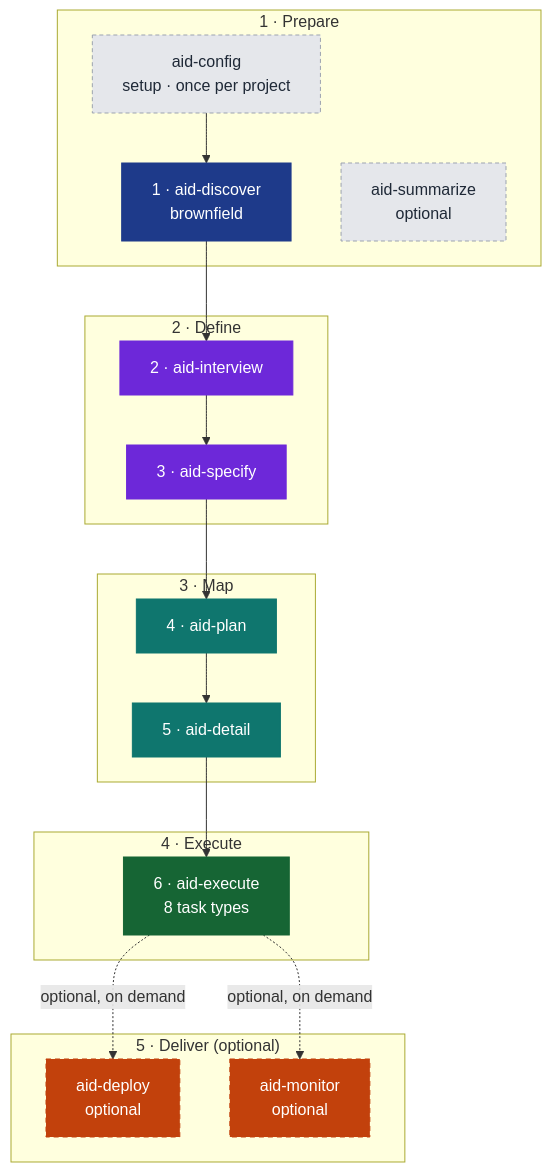
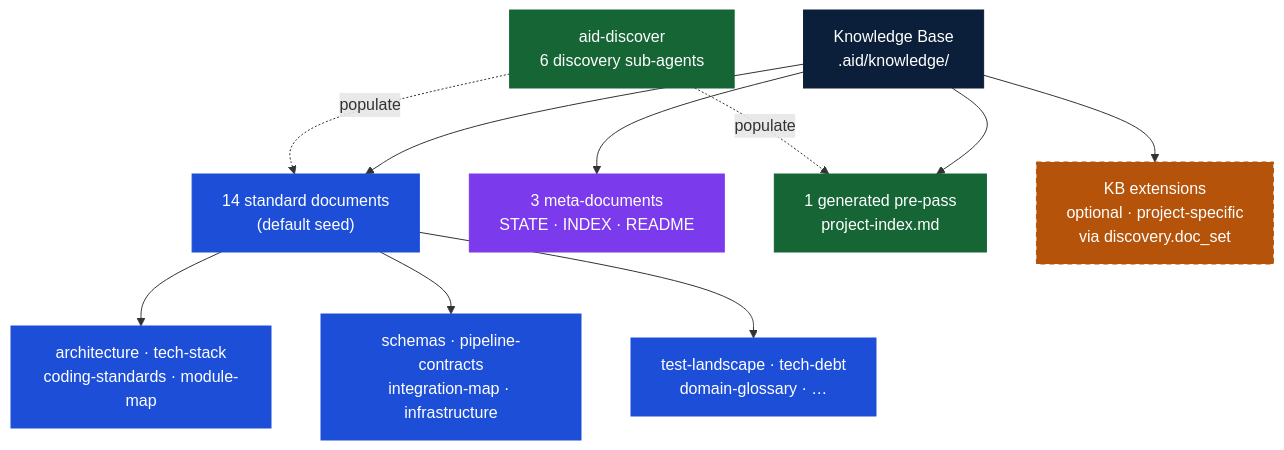
Before and after one commit to AndreVianna/aid-methodology: the second of 7 diagrams in methodology/aid-methodology.md, drawn with Mermaid. The commit also changed other lines of this file and 4 other files, not shown here.

````diff
--- a/methodology/aid-methodology.md
+++ b/methodology/aid-methodology.md
@@ -1026,34 +185,20 @@
 ```mermaid
-flowchart TB
-    classDef prep fill:#1E3A8A,stroke:#1E3A8A,color:#ffffff
-    classDef def fill:#6D28D9,stroke:#6D28D9,color:#ffffff
-    classDef map fill:#0F766E,stroke:#0F766E,color:#ffffff
-    classDef exe fill:#166534,stroke:#166534,color:#ffffff
-    classDef del fill:#C2410C,stroke:#C2410C,color:#ffffff,stroke-dasharray:5 4
-    classDef aux fill:#E5E7EB,stroke:#9CA3AF,color:#1F2937,stroke-dasharray:4 3
+flowchart TD
+    classDef kb   fill:#0B1F3A,stroke:#0B1F3A,color:#ffffff
+    classDef std  fill:#1D4ED8,stroke:#1D4ED8,color:#ffffff
+    classDef meta fill:#7C3AED,stroke:#7C3AED,color:#ffffff
+    classDef gen  fill:#166534,stroke:#166534,color:#ffffff
+    classDef ext  fill:#B45309,stroke:#B45309,color:#ffffff,stroke-dasharray:5 4
 
-    subgraph G1[" 1 · Prepare "]
-        Init["aid-config<br/>setup · once per project"]:::aux
-        Disc["1 · aid-discover<br/>brownfield"]:::prep
-        Sum["aid-summarize<br/>optional"]:::aux
-    end
-    subgraph G2[" 2 · Define "]
-        Intv["2 · aid-interview"]:::def
-        Spec["3 · aid-specify"]:::def
-    end
-    subgraph G3[" 3 · Map "]
-        Plan["4 · aid-plan"]:::map
-        Det["5 · aid-detail"]:::map
-    end
-    subgraph G4[" 4 · Execute "]
-        Exe["6 · aid-execute<br/>8 task types"]:::exe
-    end
-    subgraph G5[" 5 · Deliver (optional) "]
-        Dep["aid-deploy<br/>optional"]:::del
-        Mon["aid-monitor<br/>optional"]:::del
-    end
-
-    Init --> Disc --> Intv --> Spec --> Plan --> Det --> Exe
-    Exe -. "optional, on demand" .-> Dep
-    Exe -. "optional, on demand" .-> Mon
+    KB["Knowledge Base<br/>.aid/knowledge/"]:::kb
+    KB --> STD["14 standard documents<br/>(default seed)"]:::std
+    KB --> META["3 meta-documents<br/>STATE · INDEX · README"]:::meta
+    KB --> GEN["1 generated pre-pass<br/>project-index.md"]:::gen
+    KB --> EXT["KB extensions<br/>optional · project-specific<br/>via discovery.doc_set"]:::ext
+    STD --> S1["architecture · tech-stack<br/>coding-standards · module-map"]:::std
+    STD --> S2["schemas · pipeline-contracts<br/>integration-map · infrastructure"]:::std
+    STD --> S3["test-landscape · tech-debt<br/>domain-glossary · …"]:::std
+    DISC["aid-discover<br/>6 discovery sub-agents"]:::gen
+    DISC -. "populate" .-> STD
+    DISC -. "populate" .-> GEN
 ```
````
